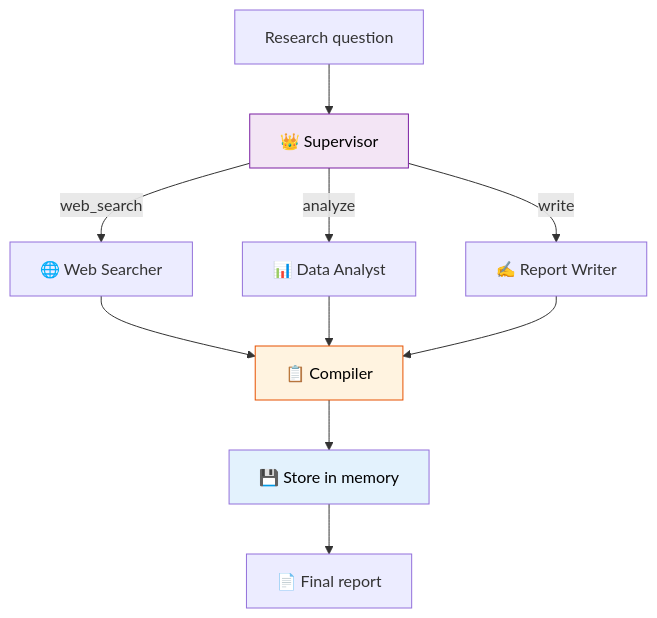
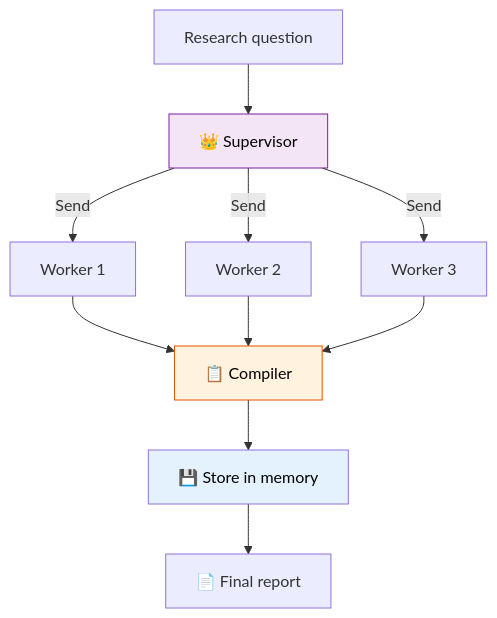
One commit to remolaan/Agentic-AI-Cookbook changed the diagram in 49_research_assistant_project/README.md. Above: the diagram before and after it, drawn with Mermaid. The commit also changed other lines of this file and 30 other files, not shown here.

````diff
--- a/49_research_assistant_project/README.md
+++ b/49_research_assistant_project/README.md
@@ -5,15 +5,15 @@
 ```mermaid
 flowchart TD
     Q["Research question"] --> S["👑 Supervisor"]
-    S -->|"web_search"| W["🌐 Web Searcher"]
-    S -->|"analyze"| D["📊 Data Analyst"]
-    S -->|"write"| R["✍️ Report Writer"]
-    W --> C["📋 Compiler"]
-    D --> C
-    R --> C
+    S -->|"Send"| W1["Worker 1"]
+    S -->|"Send"| W2["Worker 2"]
+    S -->|"Send"| W3["Worker 3"]
+    W1 --> C["📋 Compiler"]
+    W2 --> C
+    W3 --> C
     C --> M["💾 Store in memory"]
     M --> O["📄 Final report"]
     style S fill:#f3e5f5,stroke:#7b1fa2,color:#000000
     style C fill:#fff3e0,stroke:#e65100,color:#000000
     style M fill:#e3f2fd,color:#000000
 ```
````
